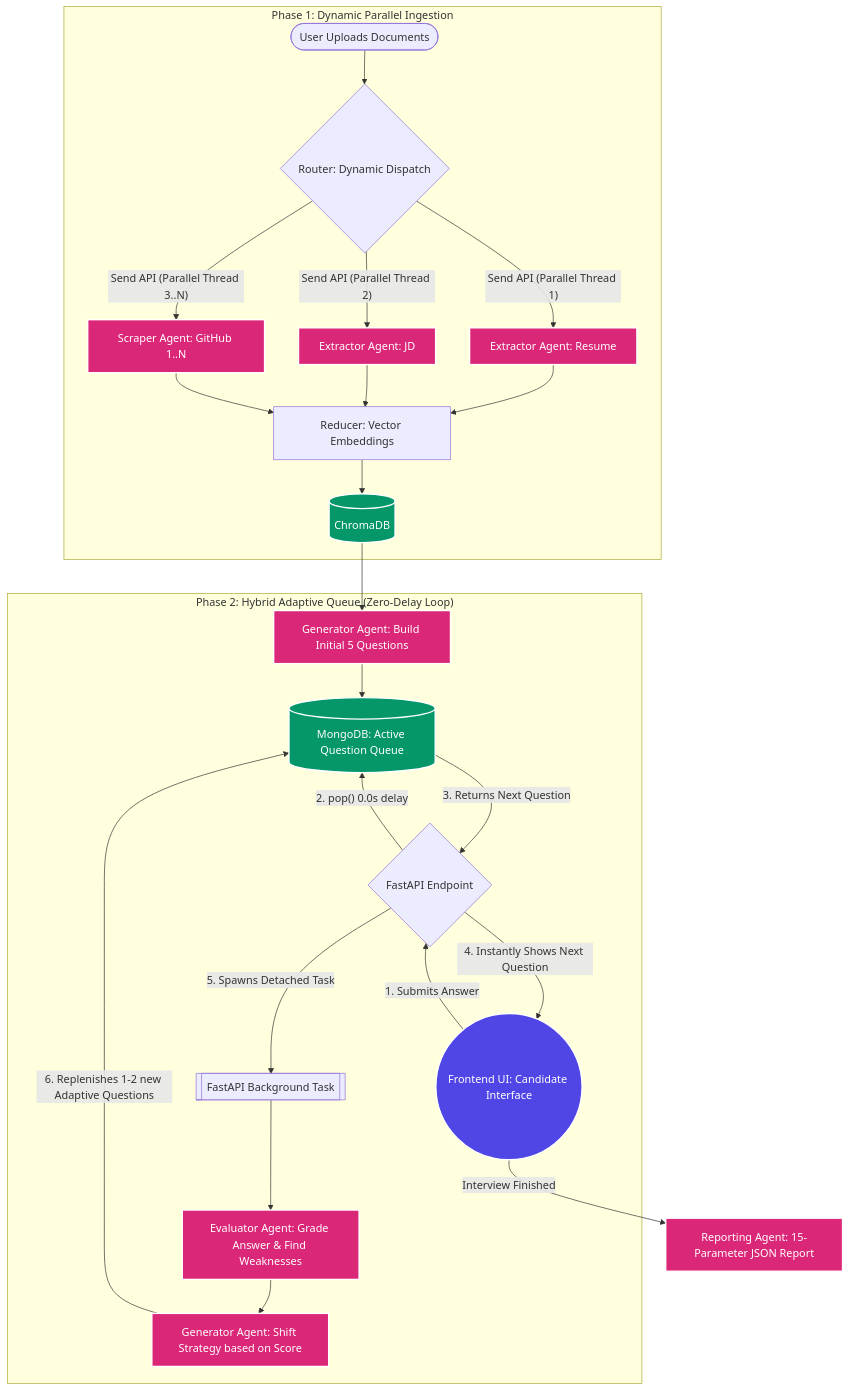
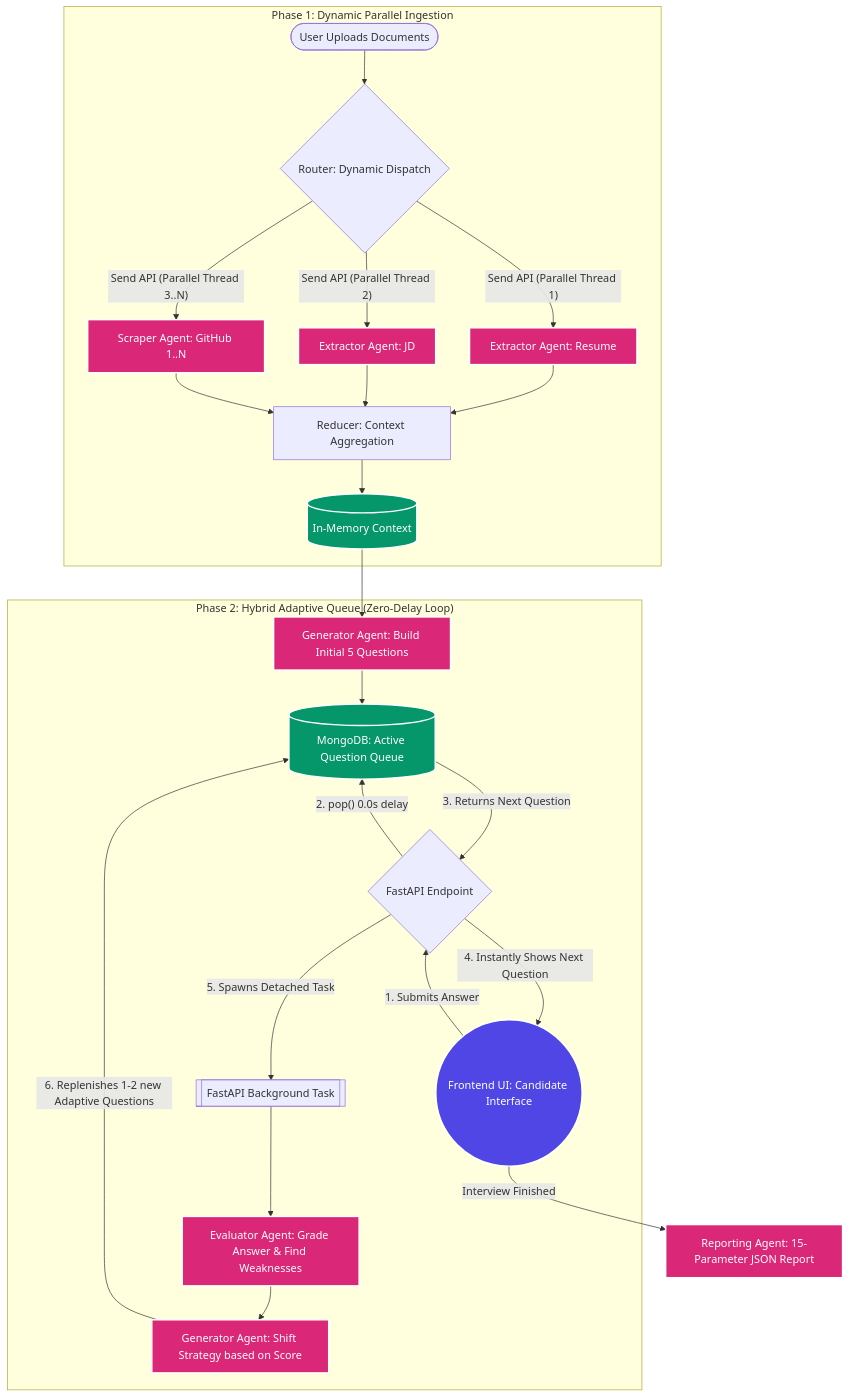
One commit to y-kanchan/AIRA changed the diagram in README.md. Above: the diagram before and after it, drawn with Mermaid. The commit also changed other lines of this file and 9 other files, not shown here.

````diff
--- a/README.md
+++ b/README.md
@@ -40,38 +43,38 @@
 ```mermaid
 graph TD
     %% Styling
     classDef ui fill:#4f46e5,stroke:#fff,stroke-width:2px,color:#fff;
     classDef db fill:#059669,stroke:#fff,stroke-width:2px,color:#fff;
     classDef agent fill:#db2777,stroke:#fff,stroke-width:2px,color:#fff;
 
     subgraph "Phase 1: Dynamic Parallel Ingestion"
         Upload([User Uploads Documents]) --> Router{Router: Dynamic Dispatch}
         
         Router -- "Send API (Parallel Thread 1)" --> A1[Extractor Agent: Resume]:::agent
         Router -- "Send API (Parallel Thread 2)" --> A2[Extractor Agent: JD]:::agent
         Router -- "Send API (Parallel Thread 3..N)" --> A3[Scraper Agent: GitHub 1..N]:::agent
         
-        A1 & A2 & A3 --> Reducer[Reducer: Vector Embeddings]
-        Reducer --> Chroma[(ChromaDB)]:::db
+        A1 & A2 & A3 --> Reducer[Reducer: Context Aggregation]
+        Reducer --> Context[(In-Memory Context)]:::db
     end
 
-    Chroma --> InitQueue
+    Context --> InitQueue
 
     subgraph "Phase 2: Hybrid Adaptive Queue (Zero-Delay Loop)"
         InitQueue[Generator Agent: Build Initial 5 Questions]:::agent --> QQueue[(MongoDB: Active Question Queue)]:::db
         
         UI((Frontend UI: Candidate Interface)):::ui -- "1. Submits Answer" --> FastPop
         
         FastPop{FastAPI Endpoint} -- "2. pop() 0.0s delay" --> QQueue
         QQueue -- "3. Returns Next Question" --> FastPop
         FastPop -- "4. Instantly Shows Next Question" --> UI
         
         FastPop -- "5. Spawns Detached Task" --> BackgroundTask[[FastAPI Background Task]]
         
         BackgroundTask --> EvalAns[Evaluator Agent: Grade Answer & Find Weaknesses]:::agent
         EvalAns --> GenAns[Generator Agent: Shift Strategy based on Score]:::agent
         GenAns -- "6. Replenishes 1-2 new Adaptive Questions" --> QQueue
     end
     
     UI -- "Interview Finished" --> FinalReport[Reporting Agent: 15-Parameter JSON Report]:::agent
 ```
````
